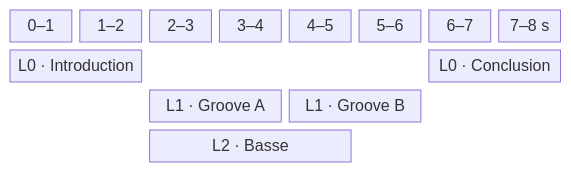
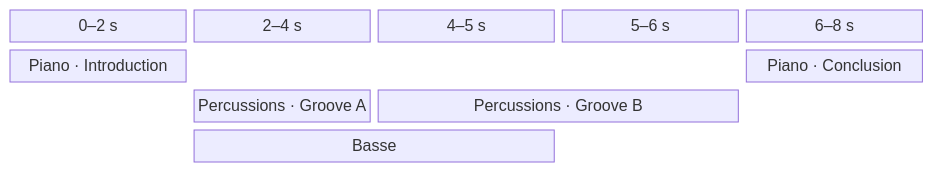
Before and after one commit to LucasBertrand/pianola-doc: the third of 4 diagrams in etudes-de-cas.md, drawn with Mermaid. The commit also changed other lines of this file and 1 other file, not shown here.

````diff
--- a/etudes-de-cas.md
+++ b/etudes-de-cas.md
@@ -77,8 +81,8 @@
 ```mermaid
 block-beta
-    columns 8
-    t0["0–1"] t1["1–2"] t2["2–3"] t3["3–4"] t4["4–5"] t5["5–6"] t6["6–7"] t7["7–8 s"]
-    intro["L0 · Introduction"]:2 space:4 conclusion["L0 · Conclusion"]:2
-    space:2 grooveA["L1 · Groove A"]:2 grooveB["L1 · Groove B"]:2 space:2
-    space:2 basse["L2 · Basse"]:3 space:3
+    columns 5
+    t0["0–2 s"] t1["2–4 s"] t2["4–5 s"] t3["5–6 s"] t4["6–8 s"]
+    intro["Piano · Introduction"] space:3 conclusion["Piano · Conclusion"]
+    space grooveA["Percussions · Groove A"] grooveB["Percussions · Groove B"]:2 space
+    space basse["Basse"]:2 space:2
 ```
````
